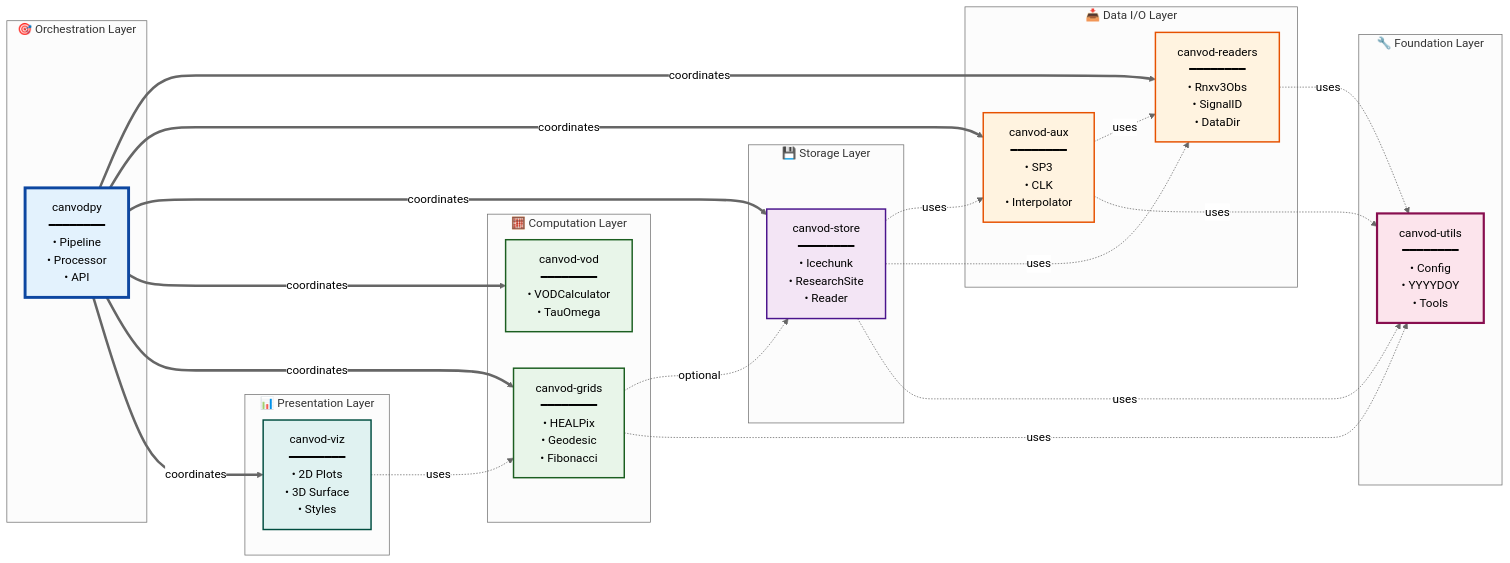
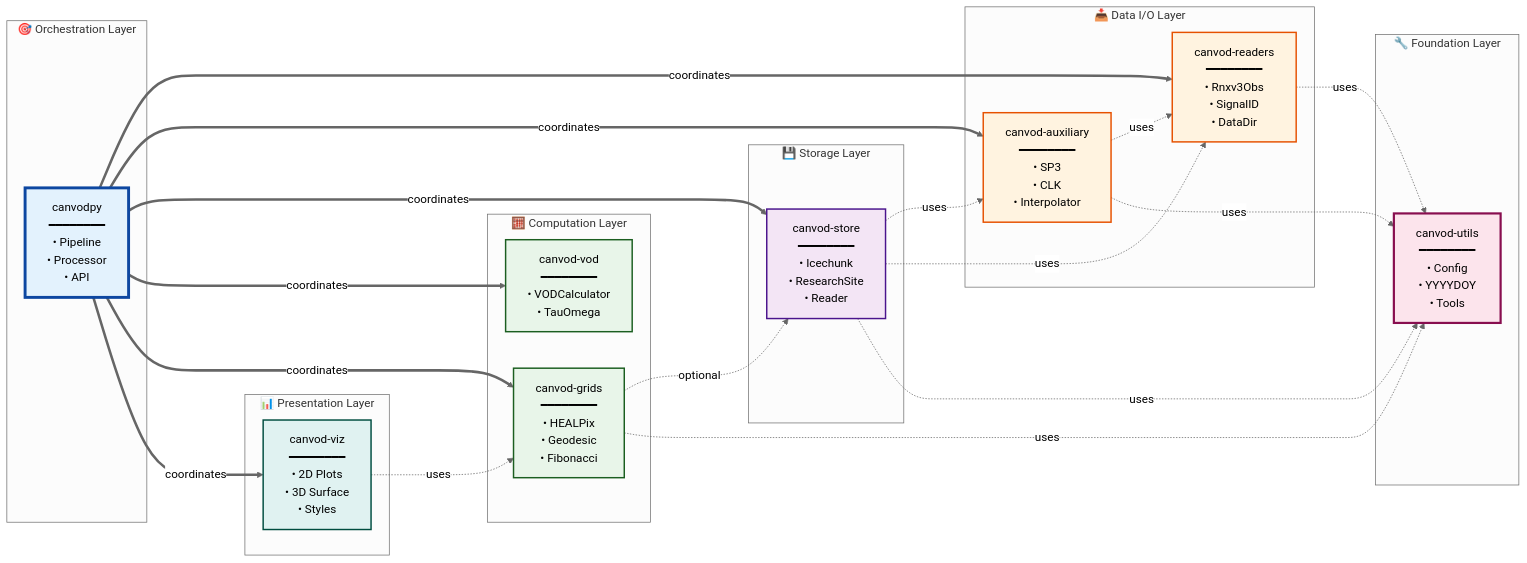
Before and after one commit to mfkiwl/canvodpy: the third of 9 diagrams in docs-site/docs/ARCHITECTURE_DIAGRAMS.md, drawn with Mermaid (neutral theme). The commit also changed other lines of this file and 107 other files, not shown here.

First line of the commit message:
refactor: update all imports and references to canvod.auxiliary

````diff
--- a/docs-site/docs/ARCHITECTURE_DIAGRAMS.md
+++ b/docs-site/docs/ARCHITECTURE_DIAGRAMS.md
@@ -140,54 +140,54 @@
 ```mermaid
 graph LR
     subgraph Foundation["🔧 Foundation Layer"]
         Utils["canvod-utils<br/>━━━━━━━━<br/>• Config<br/>• YYYYDOY<br/>• Tools"]
     end
 
     subgraph DataIO["📥 Data I/O Layer"]
         Readers["canvod-readers<br/>━━━━━━━━<br/>• Rnxv3Obs<br/>• SignalID<br/>• DataDir"]
-        Aux["canvod-aux<br/>━━━━━━━━<br/>• SP3<br/>• CLK<br/>• Interpolator"]
+        Aux["canvod-auxiliary<br/>━━━━━━━━<br/>• SP3<br/>• CLK<br/>• Interpolator"]
     end
 
     subgraph Storage["💾 Storage Layer"]
         Store["canvod-store<br/>━━━━━━━━<br/>• Icechunk<br/>• ResearchSite<br/>• Reader"]
     end
 
     subgraph Computation["🧮 Computation Layer"]
         VOD["canvod-vod<br/>━━━━━━━━<br/>• VODCalculator<br/>• TauOmega"]
         Grids["canvod-grids<br/>━━━━━━━━<br/>• HEALPix<br/>• Geodesic<br/>• Fibonacci"]
     end
 
     subgraph Presentation["📊 Presentation Layer"]
         Viz["canvod-viz<br/>━━━━━━━━<br/>• 2D Plots<br/>• 3D Surface<br/>• Styles"]
     end
 
     subgraph Orchestration["🎯 Orchestration Layer"]
         Canvodpy["canvodpy<br/>━━━━━━━━<br/>• Pipeline<br/>• Processor<br/>• API"]
     end
 
     Readers -.->|uses| Utils
     Aux -.->|uses| Readers
     Aux -.->|uses| Utils
     Store -.->|uses| Aux
     Store -.->|uses| Readers
     Store -.->|uses| Utils
     Grids -.->|optional| Store
     Grids -.->|uses| Utils
     Viz -.->|uses| Grids
 
     Canvodpy ==>|coordinates| Readers
     Canvodpy ==>|coordinates| Aux
     Canvodpy ==>|coordinates| Store
     Canvodpy ==>|coordinates| VOD
     Canvodpy ==>|coordinates| Grids
     Canvodpy ==>|coordinates| Viz
 
     style Utils fill:#fce4ec,stroke:#880e4f,stroke-width:3px
     style Readers fill:#fff3e0,stroke:#e65100,stroke-width:2px
     style Aux fill:#fff3e0,stroke:#e65100,stroke-width:2px
     style Store fill:#f3e5f5,stroke:#4a148c,stroke-width:2px
     style VOD fill:#e8f5e9,stroke:#1b5e20,stroke-width:2px
     style Grids fill:#e8f5e9,stroke:#1b5e20,stroke-width:2px
     style Viz fill:#e0f2f1,stroke:#004d40,stroke-width:2px
     style Canvodpy fill:#e3f2fd,stroke:#0d47a1,stroke-width:4px
 ```
````
